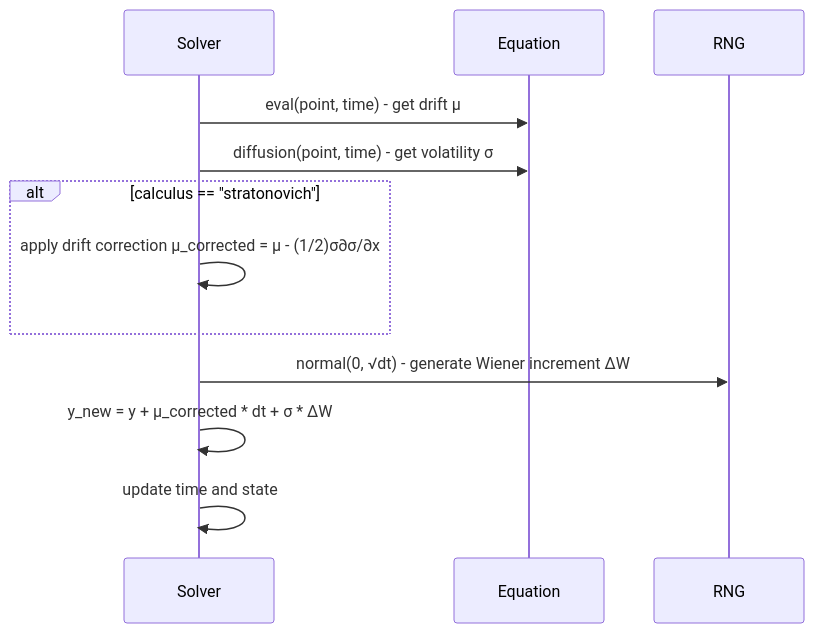
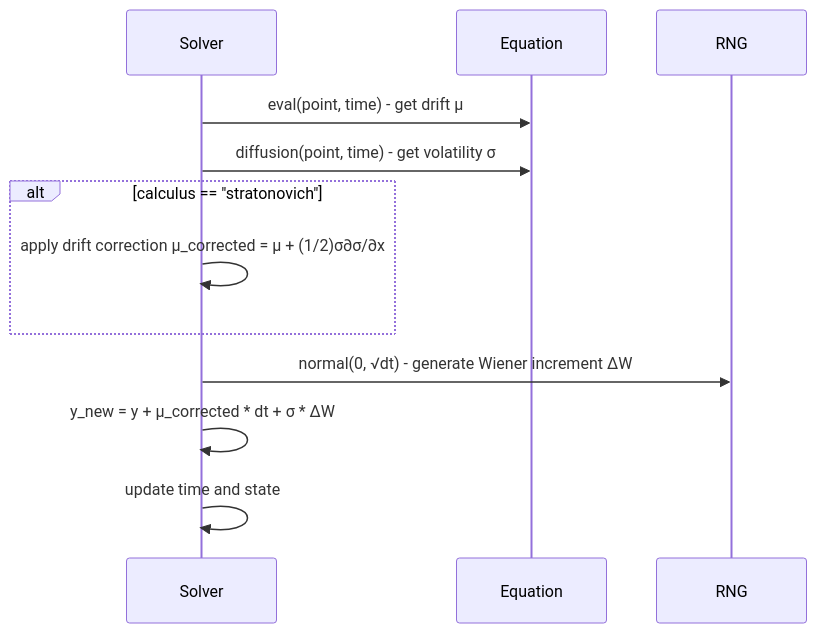
The second of 2 diagrams in discrecontinual_equations/solver/stochastic/euler_maruyama/EULER_MARUYAMA.md (snoodleboot-io/discrecontinual_equations), drawn with Mermaid before and after one commit. The commit also changed other lines of this file and 14 other files, not shown here.

````diff
--- a/discrecontinual_equations/solver/stochastic/euler_maruyama/EULER_MARUYAMA.md
+++ b/discrecontinual_equations/solver/stochastic/euler_maruyama/EULER_MARUYAMA.md
@@ -76,15 +76,15 @@
 ```mermaid
 sequenceDiagram
     participant Solver
     participant Equation
     participant RNG
 
     Solver->>Equation: eval(point, time) - get drift μ
     Solver->>Equation: diffusion(point, time) - get volatility σ
     alt calculus == "stratonovich"
-        Solver->>Solver: apply drift correction μ_corrected = μ - (1/2)σ∂σ/∂x
+        Solver->>Solver: apply drift correction μ_corrected = μ + (1/2)σ∂σ/∂x
     end
     Solver->>RNG: normal(0, √dt) - generate Wiener increment ΔW
     Solver->>Solver: y_new = y + μ_corrected * dt + σ * ΔW
     Solver->>Solver: update time and state
 ```
````
